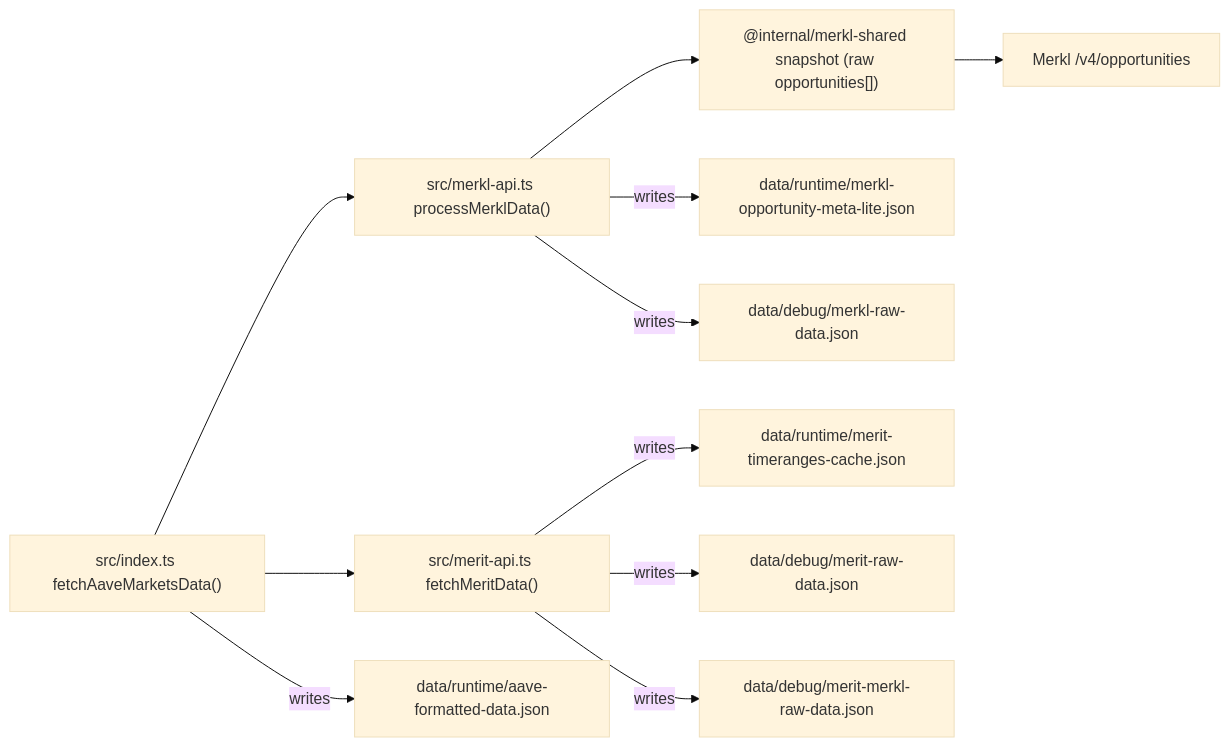
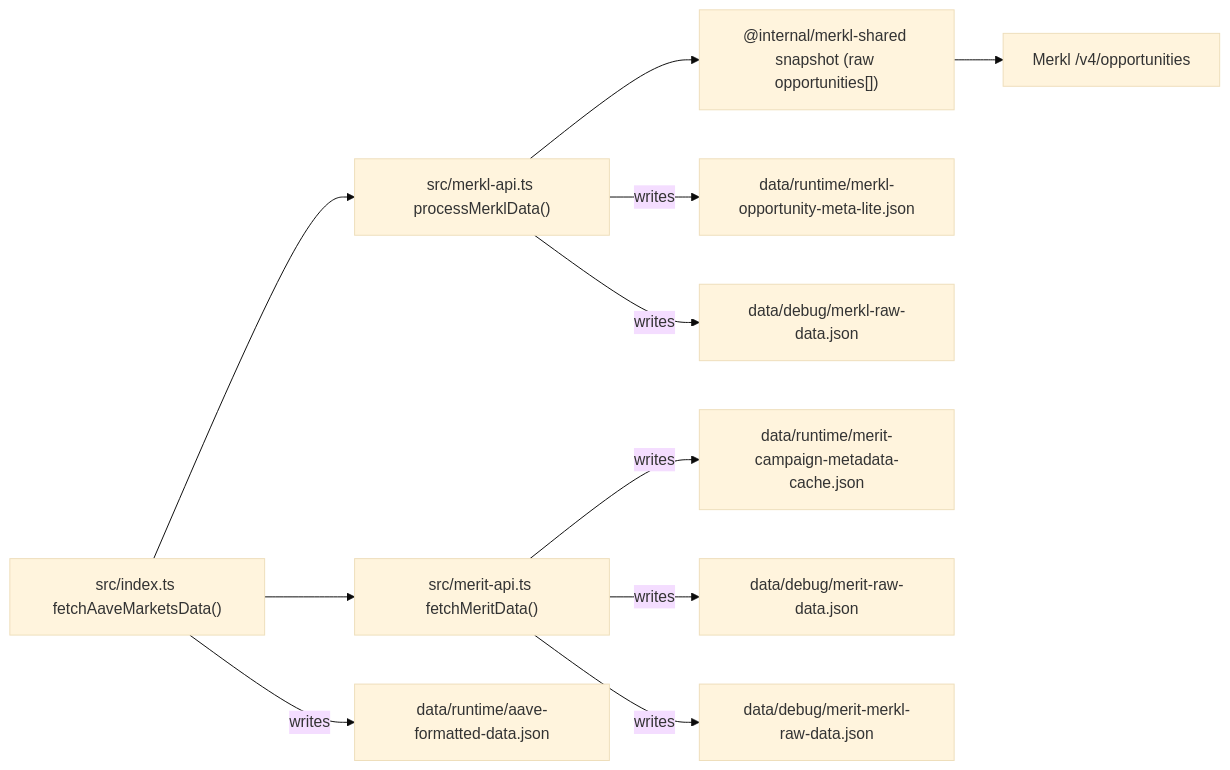
One commit to 0xPabloLI/aave-protocol-analysis changed the second of 5 diagrams in docs/merkl-merit-cache-architecture.md. Above: the diagram before and after it, drawn with Mermaid (base theme). The commit also changed other lines of this file and 3 other files, not shown here.

Commit message:
Refine Merit round debug matching and metadata cache

````diff
--- a/docs/merkl-merit-cache-architecture.md
+++ b/docs/merkl-merit-cache-architecture.md
@@ -50,13 +50,13 @@
 ```mermaid
 flowchart LR
   A["src/index.ts fetchAaveMarketsData()"] --> B["src/merkl-api.ts processMerklData()"]
   B --> C["@internal/merkl-shared snapshot (raw opportunities[])"]
   C --> D["Merkl /v4/opportunities"]
   B -- "writes" --> E["data/runtime/merkl-opportunity-meta-lite.json"]
   B -- "writes" --> F["data/debug/merkl-raw-data.json"]
   A --> G["src/merit-api.ts fetchMeritData()"]
-  G -- "writes" --> H["data/runtime/merit-timeranges-cache.json"]
+  G -- "writes" --> H["data/runtime/merit-campaign-metadata-cache.json"]
   G -- "writes" --> I["data/debug/merit-raw-data.json"]
   G -- "writes" --> J["data/debug/merit-merkl-raw-data.json"]
   A -- "writes" --> K["data/runtime/aave-formatted-data.json"]
 ```
````
